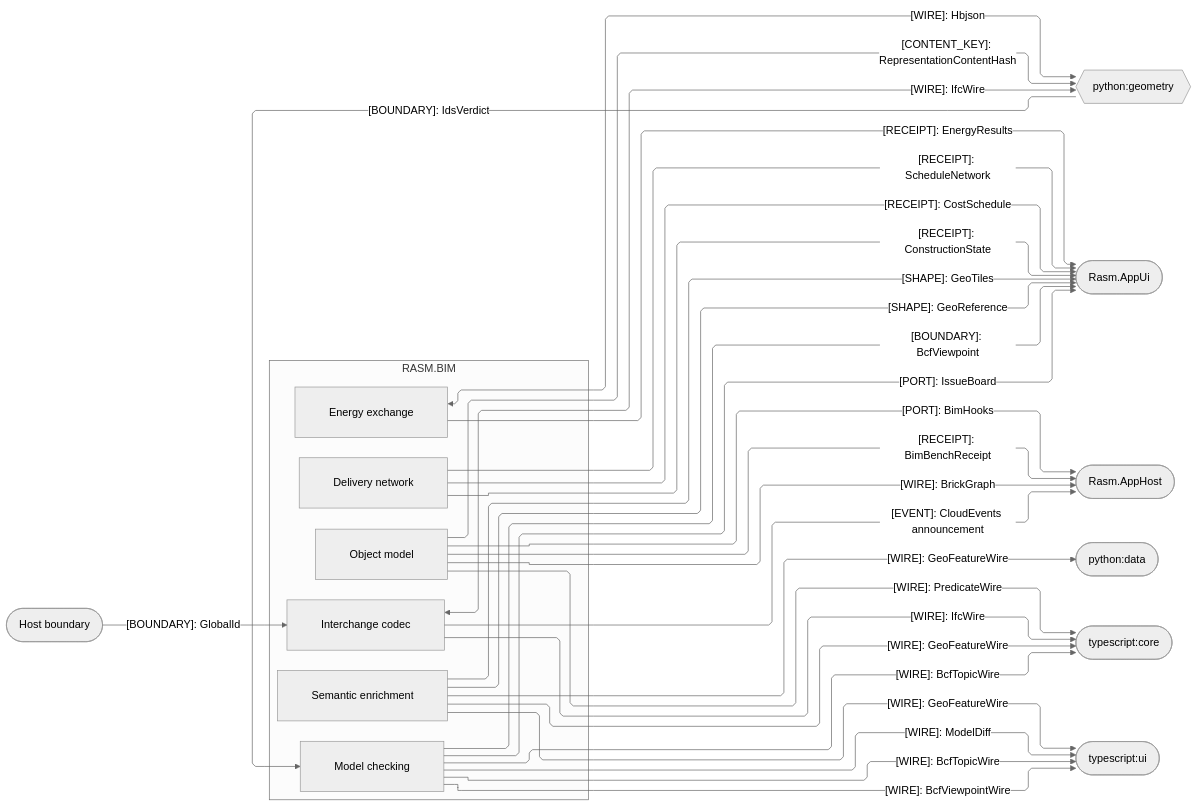
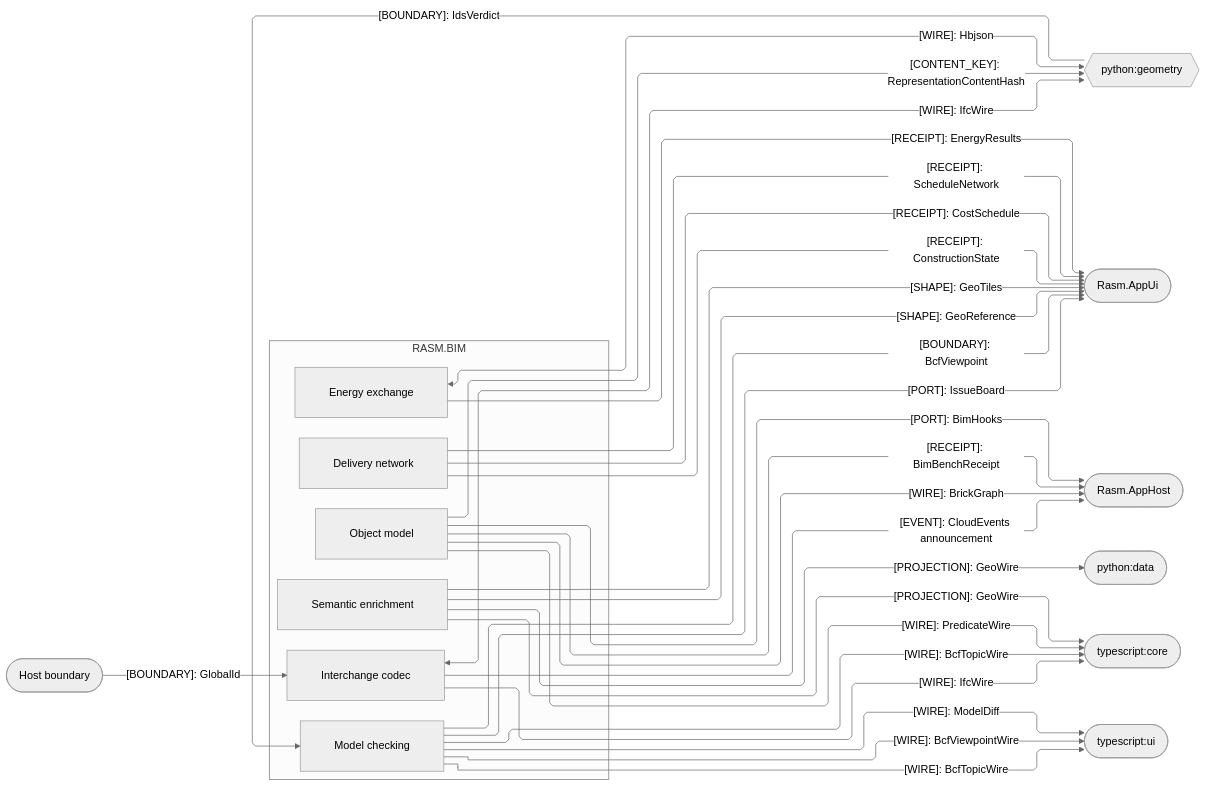
The third of 4 diagrams in libs/csharp/Rasm.Bim/ARCHITECTURE.md (bsamiee/Rasm), drawn with Mermaid (neutral theme) before and after one commit. The commit also changed other lines of this file and 56 other files, not shown here.

````diff
--- a/libs/csharp/Rasm.Bim/ARCHITECTURE.md
+++ b/libs/csharp/Rasm.Bim/ARCHITECTURE.md
@@ -196,53 +196,52 @@
 ```mermaid
 ---
 config:
   layout: elk
   flowchart:
     curve: linear
     padding: 25
 ---
 flowchart LR
     accTitle: Bim cross-runtime, presentation, and host seams
-    accDescr: Which kinded wires cross between Bim's owners and the cross-runtime peers, the app platform, and the host boundary.
+    accDescr: Which kinded contracts cross between Bim's owners and the cross-runtime peers, the app platform, and the host boundary.
     subgraph bim[RASM.BIM]
         Model[Object model]
         Semantics[Semantic enrichment]
         Exchange[Interchange codec]
         Review[Model checking]
         Energy[Energy exchange]
         Planning[Delivery network]
     end
     Geometry{{python:geometry}}
     AppUi([Rasm.AppUi])
     AppHost([Rasm.AppHost])
     Host([Host boundary])
     Data([python:data])
     Core([typescript:core])
     Ui([typescript:ui])
     Exchange e1@<-->|"[WIRE]: IfcWire"| Geometry
     Model e2@-->|"[CONTENT_KEY]: RepresentationContentHash"| Geometry
     Geometry e3@-->|"[BOUNDARY]: IdsVerdict"| Review
     Energy e4@<-->|"[WIRE]: Hbjson"| Geometry
     Energy e5@-->|"[RECEIPT]: EnergyResults"| AppUi
     Semantics e6@-->|"[SHAPE]: GeoTiles"| AppUi
     Semantics e7@-->|"[SHAPE]: GeoReference"| AppUi
     Planning e8@-->|"[RECEIPT]: ScheduleNetwork"| AppUi
     Planning e9@-->|"[RECEIPT]: CostSchedule"| AppUi
     Planning e10@-->|"[RECEIPT]: ConstructionState"| AppUi
     Review e11@-->|"[PORT]: IssueBoard"| AppUi
     Review e12@-->|"[BOUNDARY]: BcfViewpoint"| AppUi
     Model e13@-->|"[PORT]: BimHooks"| AppHost
     Model e14@-->|"[RECEIPT]: BimBenchReceipt"| AppHost
     Model e15@-->|"[WIRE]: BrickGraph"| AppHost
     Exchange e16@-->|"[EVENT]: CloudEvents announcement"| AppHost
     Host e17@-->|"[BOUNDARY]: GlobalId"| Exchange
-    Semantics e18@-->|"[WIRE]: GeoFeatureWire"| Data
+    Semantics e18@-->|"[PROJECTION]: GeoWire"| Data
     Model e19@-->|"[WIRE]: PredicateWire"| Core
     Exchange e20@-->|"[WIRE]: IfcWire"| Core
     Review e21@-->|"[WIRE]: BcfTopicWire"| Core
-    Semantics e22@-->|"[WIRE]: GeoFeatureWire"| Core
+    Semantics e22@-->|"[PROJECTION]: GeoWire"| Core
     Review e23@-->|"[WIRE]: BcfTopicWire"| Ui
     Review e24@-->|"[WIRE]: BcfViewpointWire"| Ui
-    Semantics e25@-->|"[WIRE]: GeoFeatureWire"| Ui
-    Review e26@-->|"[WIRE]: ModelDiff"| Ui
+    Review e25@-->|"[WIRE]: ModelDiff"| Ui
 ```
````
